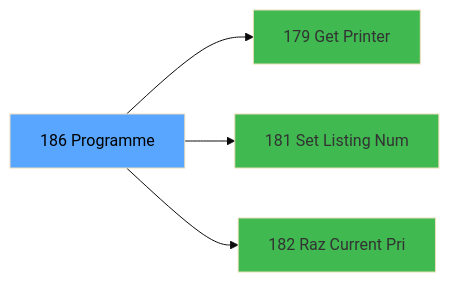
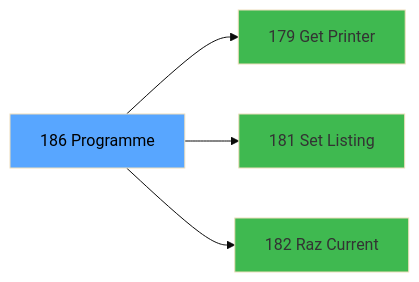
One commit to thonyAGP/magic-migration changed the third of 3 diagrams in .openspec/specs/ADH-IDE-186.md. Above: the diagram before and after it, drawn with Mermaid (base theme). The commit also changed other lines of this file and 323 other files, not shown here.

````diff
--- a/.openspec/specs/ADH-IDE-186.md
+++ b/.openspec/specs/ADH-IDE-186.md
@@ -119,14 +140,14 @@
 ```mermaid
 graph LR
     T[186 Programme]
     C179[179 Get Printer]
     T --> C179
-    C181[181 Set Listing Num]
+    C181[181 Set Listing ]
     T --> C181
-    C182[182 Raz Current Pri]
+    C182[182 Raz Current ]
     T --> C182
     style T fill:#58a6ff,color:#000
     style C179 fill:#3fb950
     style C181 fill:#3fb950
     style C182 fill:#3fb950
 ```
````
